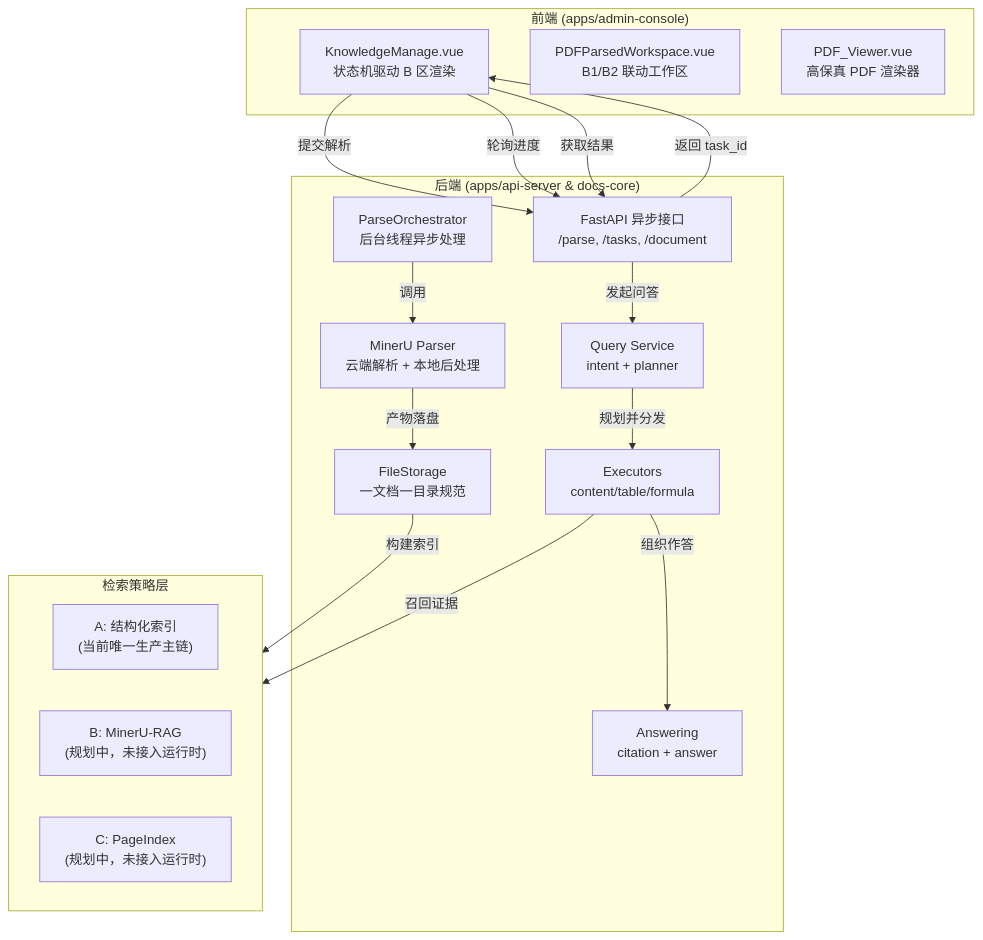
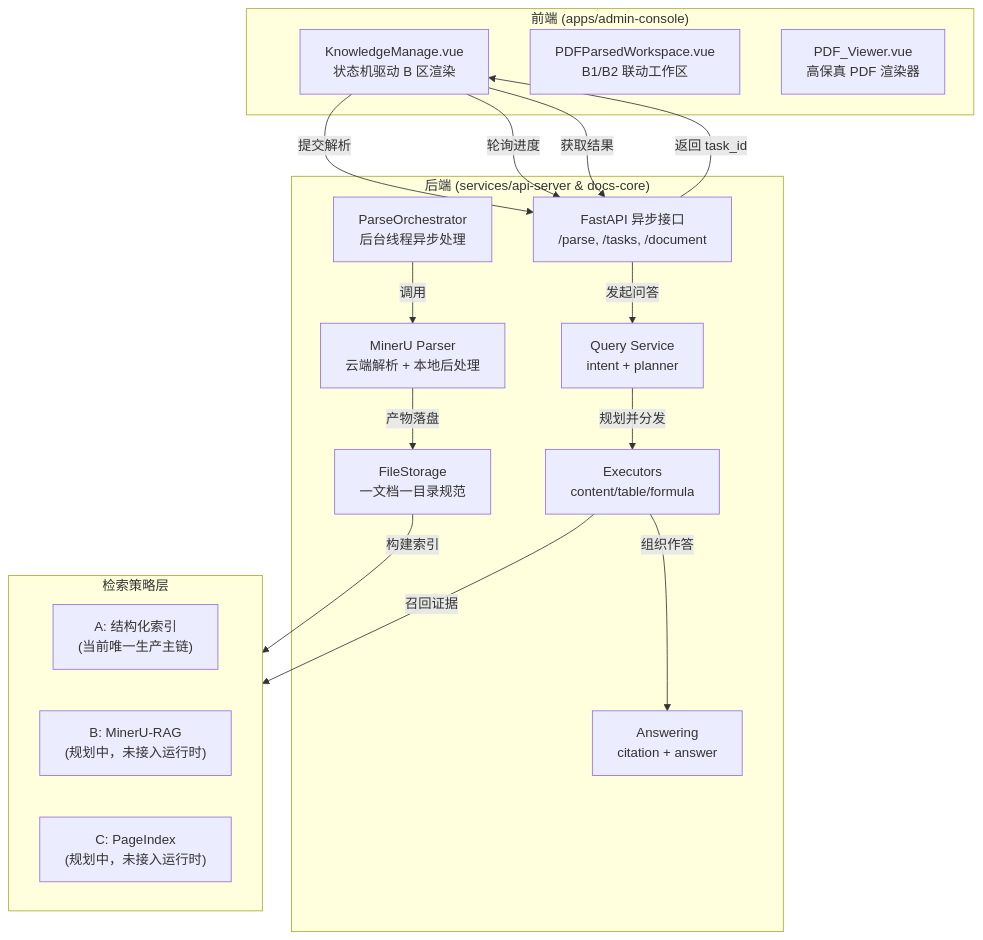
Before and after one commit to 0mao0/AnGIneer: the fourth of 6 diagrams in docs/apps-techniques.md, drawn with Mermaid. The commit also changed other lines of this file and 29 other files, not shown here.

First line of the commit message:
refactor(api-server): move api-server from apps to services directory

````diff
--- a/docs/apps-techniques.md
+++ b/docs/apps-techniques.md
@@ -231,36 +231,36 @@
 ```mermaid
 flowchart TD
     subgraph Frontend["前端 (apps/admin-console)"]
         KM["KnowledgeManage.vue\n状态机驱动 B 区渲染"]
         DPW["PDFParsedWorkspace.vue\nB1/B2 联动工作区"]
         PV["PDF_Viewer.vue\n高保真 PDF 渲染器"]
     end
 
-    subgraph Backend["后端 (apps/api-server & docs-core)"]
+    subgraph Backend["后端 (services/api-server & docs-core)"]
         API["FastAPI 异步接口\n/parse, /tasks, /document"]
         Task["ParseOrchestrator\n后台线程异步处理"]
         Parser["MinerU Parser\n云端解析 + 本地后处理"]
         Storage["FileStorage\n一文档一目录规范"]
         Query["Query Service\nintent + planner"]
         Executors["Executors\ncontent/table/formula"]
         Answering["Answering\ncitation + answer"]
     end
 
     subgraph Strategy["检索策略层"]
         SA["A: 结构化索引\n(当前唯一生产主链)"]
         SB["B: MinerU-RAG\n(规划中，未接入运行时)"]
         SC["C: PageIndex\n(规划中，未接入运行时)"]
     end
 
     KM -- 提交解析 --> API
     API -- 返回 task_id --> KM
     KM -- 轮询进度 --> API
     Task -- 调用 --> Parser
     Parser -- 产物落盘 --> Storage
     Storage -- 构建索引 --> Strategy
     API -- 发起问答 --> Query
     Query -- 规划并分发 --> Executors
     Executors -- 召回证据 --> Strategy
     Executors -- 组织作答 --> Answering
     KM -- 获取结果 --> API
 ```
````
